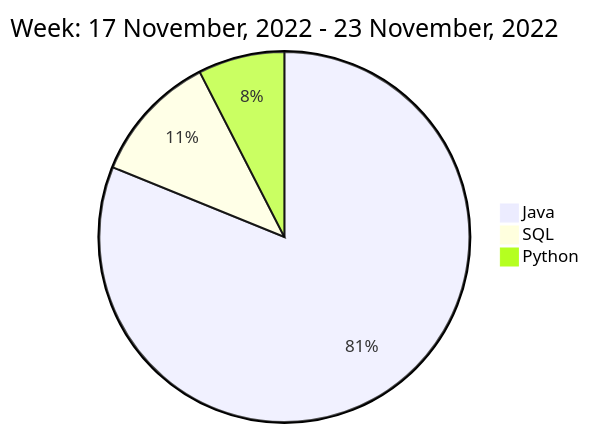
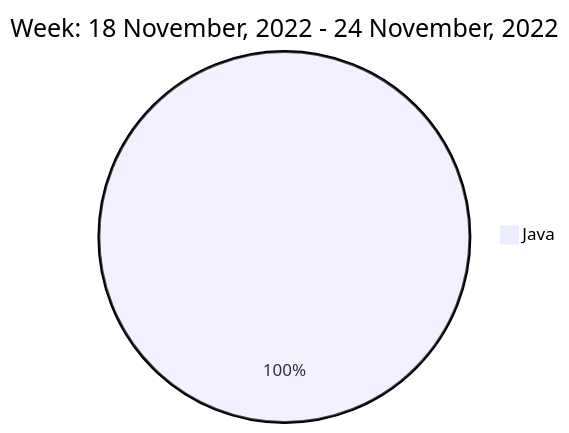
Before and after one commit to liubin95/liubin95: the diagram in README.md, drawn with Mermaid.

Commit message:
Updated the Graph with new Metrics

````diff
--- a/README.md
+++ b/README.md
@@ -40,7 +40,5 @@
 ```mermaid
  pie
-title Week: 17 November, 2022 - 23 November, 2022
- "Java" : 11.83
- "SQL" : 1.65
- "Python" : 1.1
+title Week: 18 November, 2022 - 24 November, 2022
+ "Java" : 14.37
 ```
````
